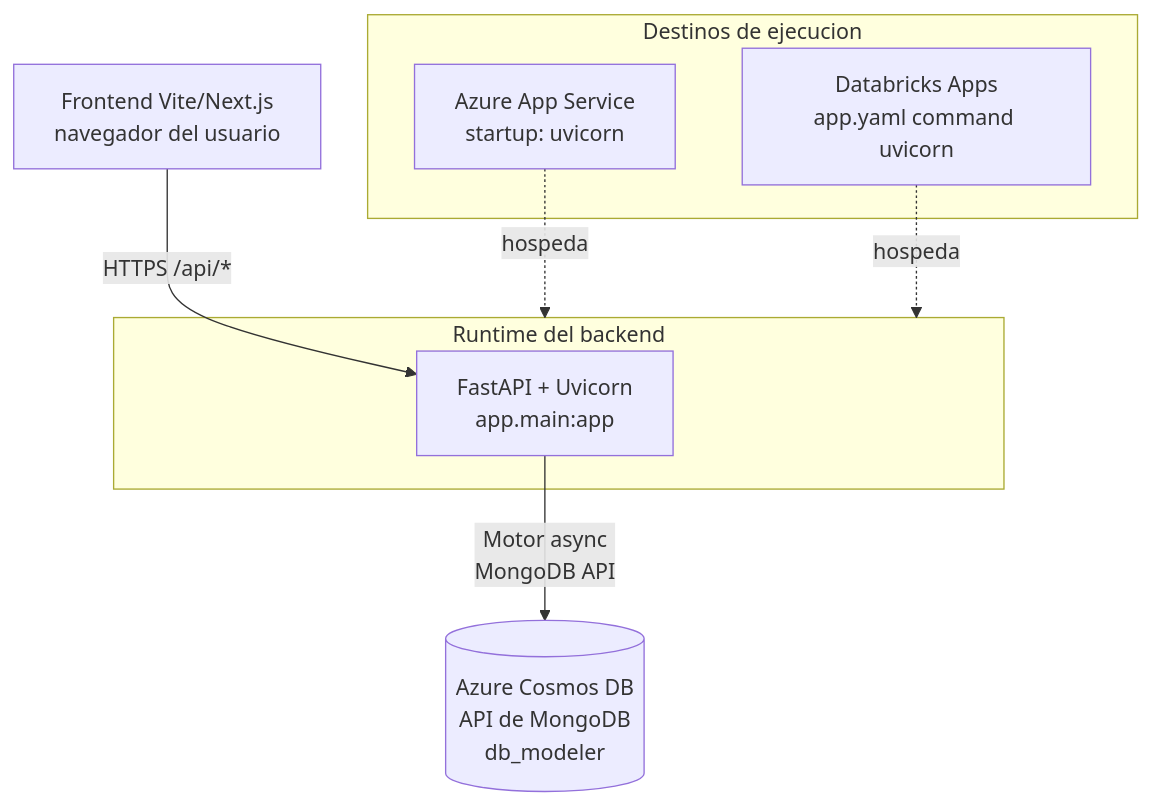
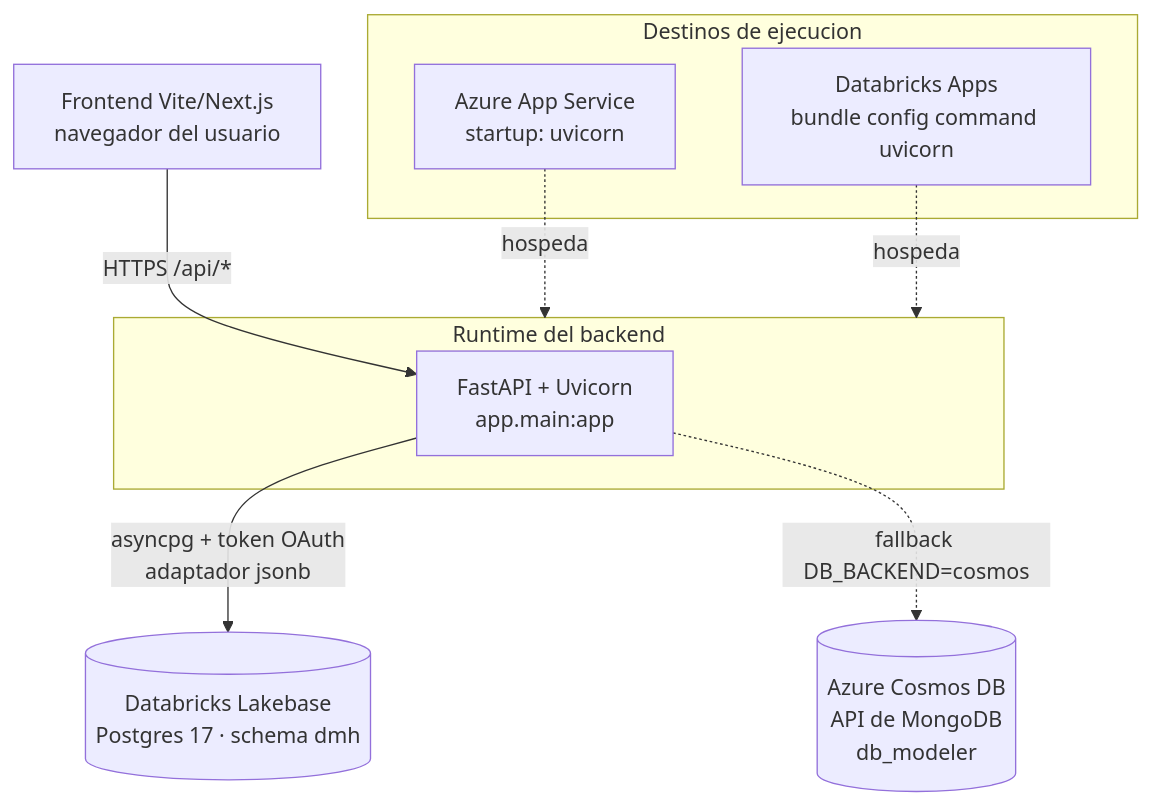
The first of 4 diagrams in doc/despliegue.md (Carlosmps97/backend-data-model-hub), drawn with Mermaid before and after one commit. The commit also changed other lines of this file and 12 other files, not shown here.

````diff
--- a/doc/despliegue.md
+++ b/doc/despliegue.md
@@ -37,18 +37,19 @@
 ```mermaid
 flowchart TD
     FE["Frontend Vite/Next.js<br/>navegador del usuario"] -->|"HTTPS /api/*"| BK
 
     subgraph RUNTIME["Runtime del backend"]
       BK["FastAPI + Uvicorn<br/>app.main:app"]
     end
 
-    BK -->|"Motor async<br/>MongoDB API"| COSMOS[("Azure Cosmos DB<br/>API de MongoDB<br/>db_modeler")]
+    BK -->|"asyncpg + token OAuth<br/>adaptador jsonb"| LB[("Databricks Lakebase<br/>Postgres 17 · schema dmh")]
+    BK -.->|"fallback DB_BACKEND=cosmos"| COSMOS[("Azure Cosmos DB<br/>API de MongoDB<br/>db_modeler")]
 
     subgraph OPCIONES["Destinos de ejecucion"]
       A["Azure App Service<br/>startup: uvicorn"]
-      D["Databricks Apps<br/>app.yaml command uvicorn"]
+      D["Databricks Apps<br/>bundle config command uvicorn"]
     end
 
     A -.->|hospeda| RUNTIME
     D -.->|hospeda| RUNTIME
 ```
````
